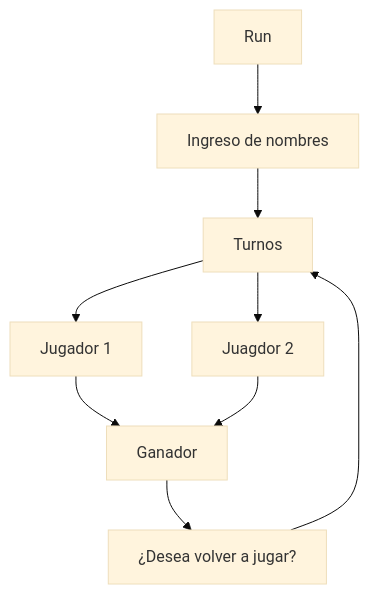
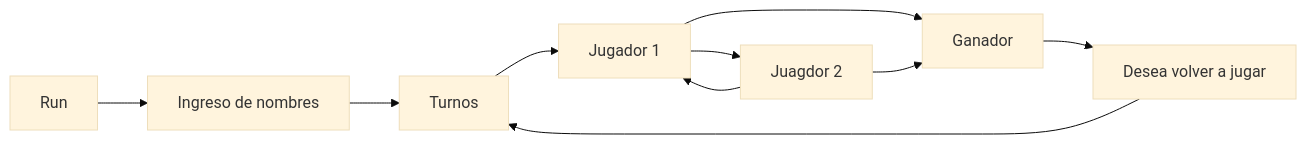
The diagram in README.md (Dxnale/gravity-connect4), drawn with Mermaid (base theme) before and after one commit. The commit also changed other lines of this file, not shown here.

Commit message:
Update README.md - Mermaid

````diff
--- a/README.md
+++ b/README.md
@@ -6,11 +6,12 @@
 ```mermaid
-  graph TD;
-A[Run] --> B[Ingreso de nombres];
-B --> C[Turnos];
-C --> D[Jugador 1];
-C --> E[Juagdor 2];
-D --> F[Ganador];
-E --> F;
-F --> G[¿Desea volver a jugar?];
-G --> C;
+graph LR;
+A[Run]-->B[Ingreso de nombres];
+B-->C[Turnos];
+C-->D[Jugador 1];
+D-->E[Juagdor 2];
+E-->D;
+D-->F[Ganador];
+E-->F;
+F-->G[Desea volver a jugar];
+G-->C;
 ```
````
